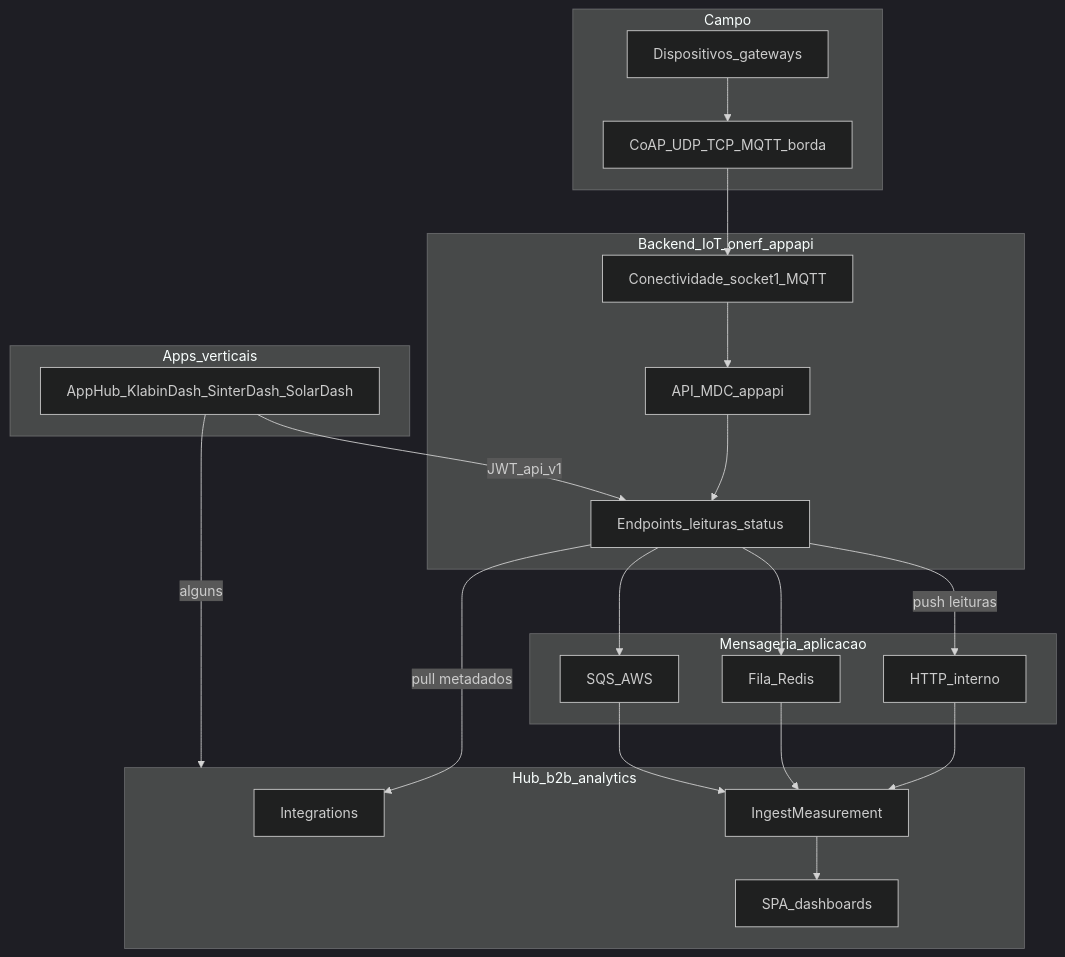
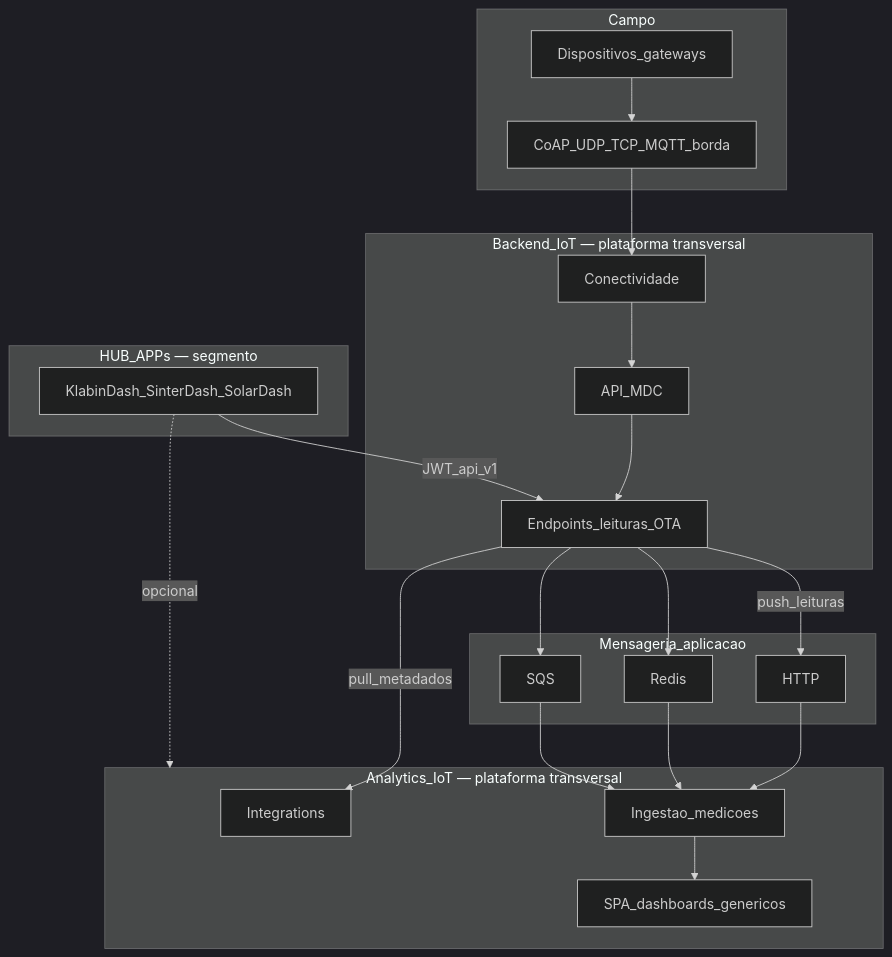
Before and after one commit to OneRF-Networks/onerf-platform-docs: the second of 2 diagrams in ECOSYSTEM.md, drawn with Mermaid (dark theme). The commit also changed other lines of this file and 9 other files, not shown here.

First line of the commit message:
docs: redefine ecosystem as two transversal platforms plus HUB APPs

````diff
--- a/ECOSYSTEM.md
+++ b/ECOSYSTEM.md
@@ -36,42 +50,42 @@
 ```mermaid
 flowchart TB
   subgraph field [Campo]
     DEV[Dispositivos_gateways]
     PROTO[CoAP_UDP_TCP_MQTT_borda]
     DEV --> PROTO
   end
 
-  subgraph operational [Backend_IoT_onerf_appapi]
-    CONN[Conectividade_socket1_MQTT]
-    MDC[API_MDC_appapi]
-    NORM[Endpoints_leituras_status]
+  subgraph backend_iot [Backend_IoT — plataforma transversal]
+    CONN[Conectividade]
+    MDC[API_MDC]
+    NORM[Endpoints_leituras_OTA]
     PROTO --> CONN --> MDC --> NORM
   end
 
-  subgraph ingestion [Mensageria_aplicacao]
-    HTTP[HTTP_interno]
-    REDISQ[Fila_Redis]
-    SQS[SQS_AWS]
+  subgraph msg [Mensageria_aplicacao]
+    HTTP[HTTP]
+    REDISQ[Redis]
+    SQS[SQS]
   end
 
-  subgraph hub [Hub_b2b_analytics]
+  subgraph analytics_iot [Analytics_IoT — plataforma transversal]
     INT[Integrations]
-    ING[IngestMeasurement]
-    SPA[SPA_dashboards]
+    ING[Ingestao_medicoes]
+    SPA[SPA_dashboards_genericos]
   end
 
-  subgraph vertical [Apps_verticais]
-    APPS[AppHub_KlabinDash_SinterDash_SolarDash]
+  subgraph hub_apps [HUB_APPs — segmento]
+    APPS[KlabinDash_SinterDash_SolarDash]
   end
 
-  NORM -->|pull metadados| INT
-  NORM -->|push leituras| HTTP
+  NORM -->|pull_metadados| INT
+  NORM -->|push_leituras| HTTP
   NORM --> REDISQ
   NORM --> SQS
   HTTP --> ING
   REDISQ --> ING
   SQS --> ING
   ING --> SPA
   APPS -->|JWT_api_v1| NORM
-  APPS -->|alguns| hub
+  APPS -.->|opcional| analytics_iot
 ```
````
